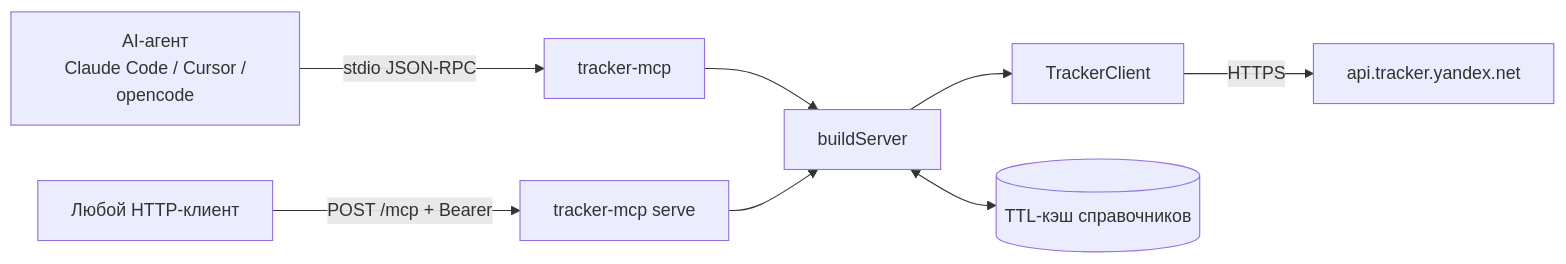
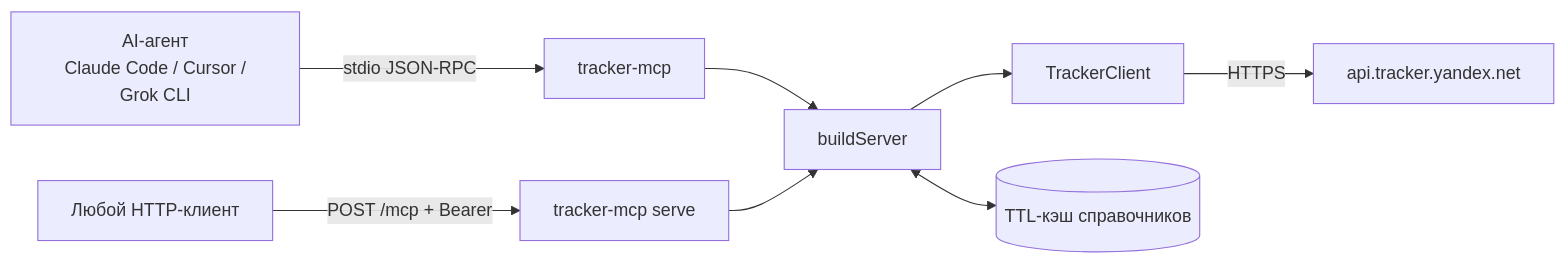
Before and after one commit to sdamarketing/tracker_mcp: the first of 2 diagrams in docs/architecture.ru.mdx, drawn with Mermaid. The commit also changed other lines of this file and 20 other files, not shown here.

````diff
--- a/docs/architecture.ru.mdx
+++ b/docs/architecture.ru.mdx
@@ -26,10 +26,10 @@
 ```mermaid
 flowchart LR
-    A[AI-агент\n Claude Code / Cursor / opencode] -->|stdio JSON-RPC| B[tracker-mcp]
+    A[AI-агент\n Claude Code / Cursor / Grok CLI] -->|stdio JSON-RPC| B[tracker-mcp]
     A2[Любой HTTP-клиент] -->|POST /mcp + Bearer| S[tracker-mcp serve]
     B --> C[buildServer]
     S --> C
     C --> D[TrackerClient]
     D -->|HTTPS| T[api.tracker.yandex.net]
     C <--> CC[(TTL-кэш справочников)]
 ```
````
